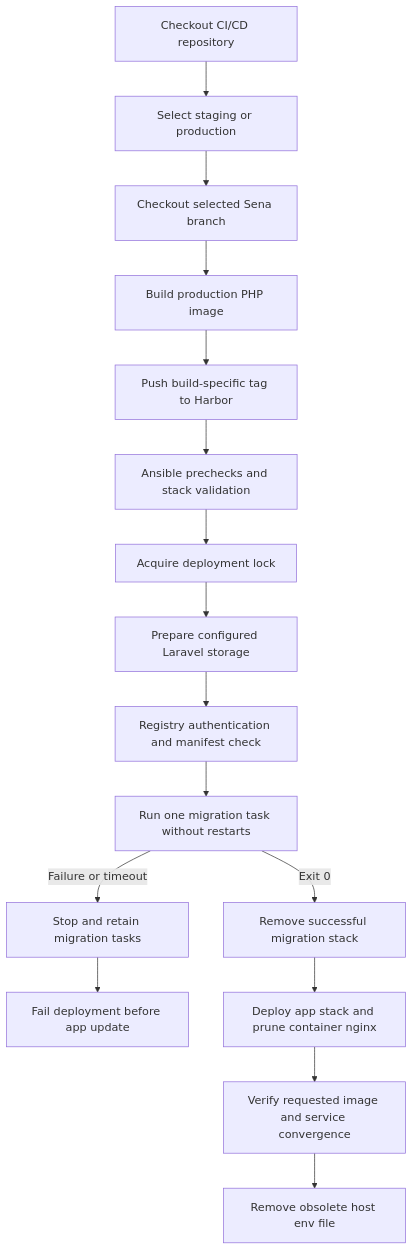
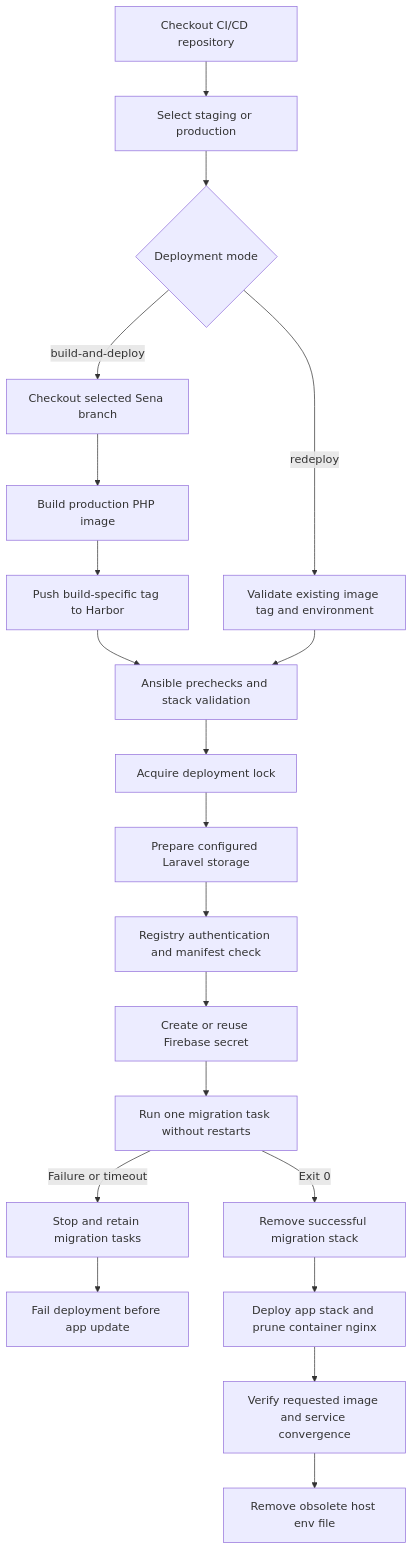
The diagram in README.md (innovity-Technologies-Inc/sena-coreapi-cicd), drawn with Mermaid before and after one commit. The commit also changed other lines of this file and 1 other file, not shown here.

Commit message:
Add Jenkins redeploy mode for existing application images

````diff
--- a/README.md
+++ b/README.md
@@ -9,18 +9,22 @@
 ```mermaid
 flowchart TD
     A[Checkout CI/CD repository] --> B[Select staging or production]
-    B --> C[Checkout selected Sena branch]
+    B --> P{Deployment mode}
+    P -->|build-and-deploy| C[Checkout selected Sena branch]
     C --> D[Build production PHP image]
     D --> E[Push build-specific tag to Harbor]
     E --> F[Ansible prechecks and stack validation]
+    P -->|redeploy| R[Validate existing image tag and environment]
+    R --> F
     F --> G[Acquire deployment lock]
     G --> G1[Prepare configured Laravel storage]
     G1 --> H[Registry authentication and manifest check]
-    H --> I[Run one migration task without restarts]
+    H --> H1[Create or reuse Firebase secret]
+    H1 --> I[Run one migration task without restarts]
     I -->|Exit 0| J[Remove successful migration stack]
     I -->|Failure or timeout| K[Stop and retain migration tasks]
     K --> L[Fail deployment before app update]
     J --> M[Deploy app stack and prune container nginx]
     M --> N[Verify requested image and service convergence]
     N --> O[Remove obsolete host env file]
 ```
````
